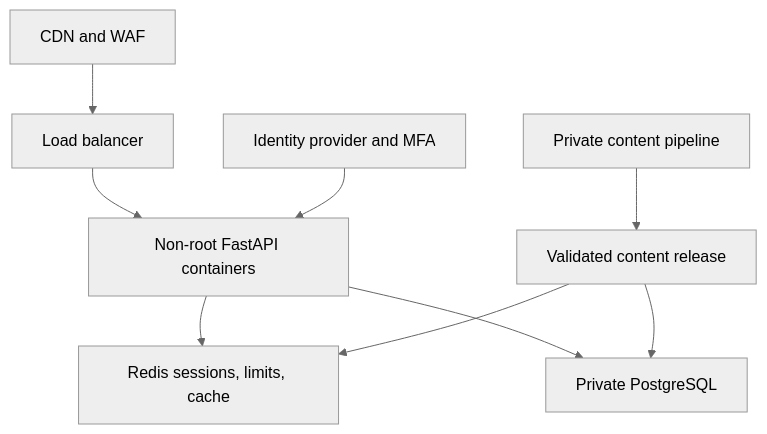
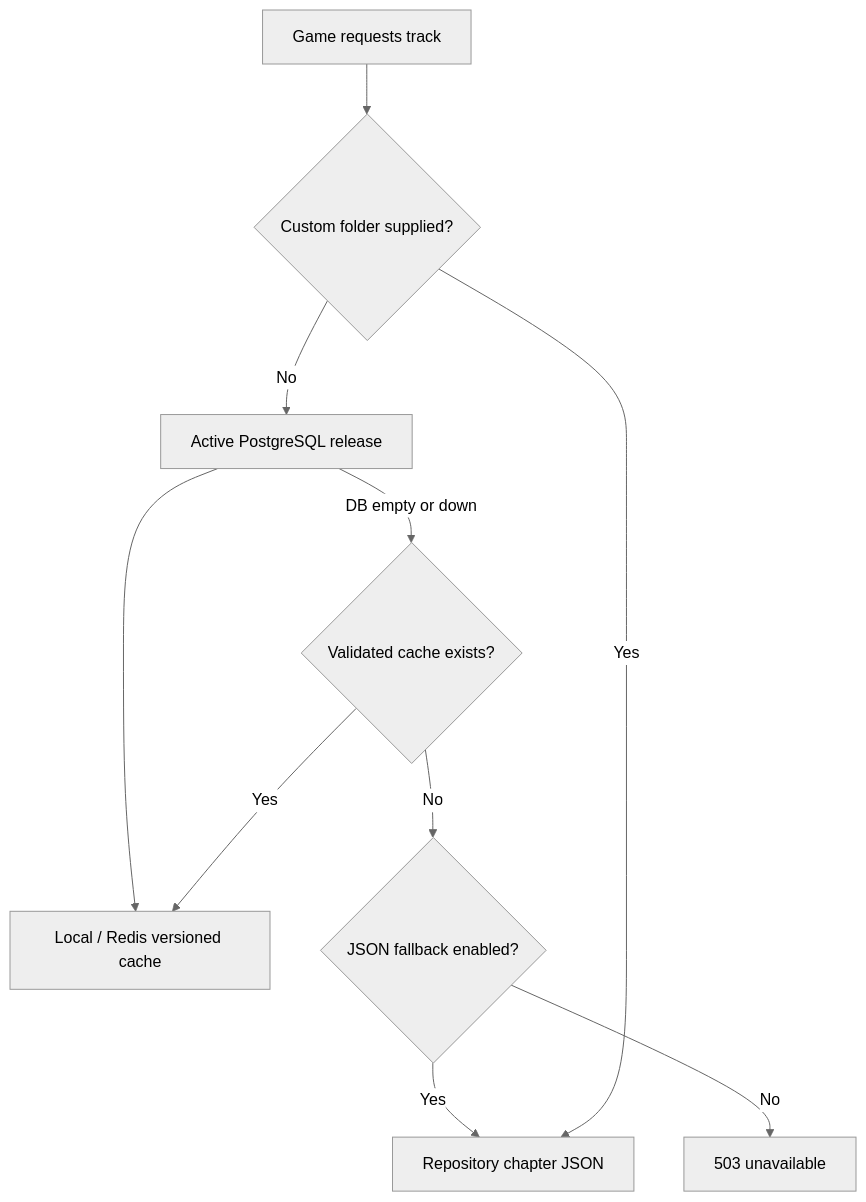
The diagram in temp/OrganicBattles_Security_and_Vulnerability_Assessment.md (DKxi/OrganicBattlesProductionUpgrade), drawn with Mermaid (neutral theme) before and after one commit. The commit also changed other lines of this file, not shown here.

````diff
--- a/temp/OrganicBattles_Security_and_Vulnerability_Assessment.md
+++ b/temp/OrganicBattles_Security_and_Vulnerability_Assessment.md
@@ -432,11 +50,12 @@
 ```mermaid
 flowchart TD
-    A[CDN and WAF] --> B[Load balancer]
-    B --> C[Non-root FastAPI containers]
-    C --> D[Redis sessions, limits, cache]
-    C --> E[Private PostgreSQL]
-    F[Private content pipeline] --> G[Validated content release]
-    G --> E
-    G --> D
-    H[Identity provider and MFA] --> C
+    A["Game requests track"] --> B{"Custom folder supplied?"}
+    B -- No --> C["Active PostgreSQL release"]
+    C --> D["Local / Redis versioned cache"]
+    C -- DB empty or down --> E{"Validated cache exists?"}
+    E -- Yes --> D
+    E -- No --> F{"JSON fallback enabled?"}
+    F -- Yes --> G["Repository chapter JSON"]
+    F -- No --> H["503 unavailable"]
+    B -- Yes --> G
 ```
````
